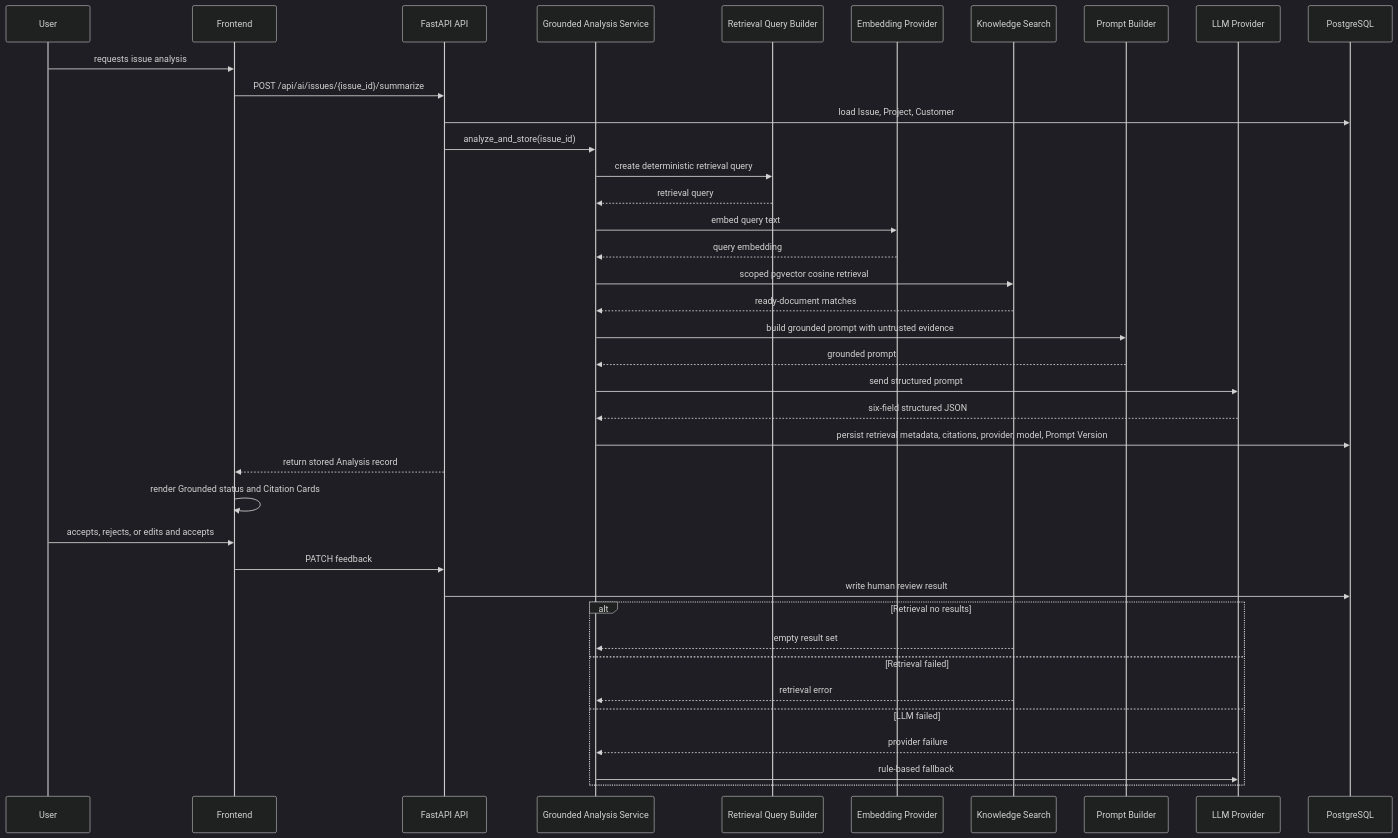
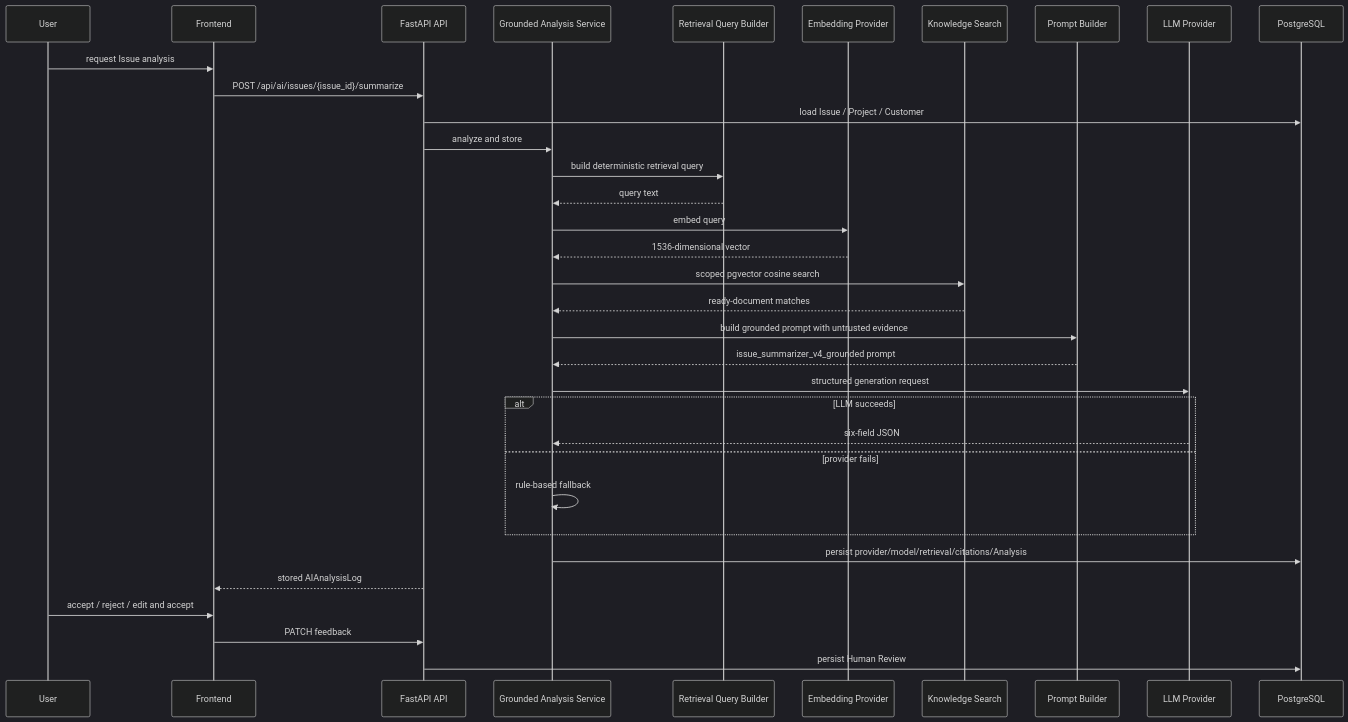
One commit to Dio23366/delivery-copilot changed the second of 5 diagrams in docs/architecture.md. Above: the diagram before and after it, drawn with Mermaid (dark theme). The commit also changed other lines of this file and 6 other files, not shown here.

````diff
--- a/docs/architecture.md
+++ b/docs/architecture.md
@@ -107,43 +158,37 @@
 ```mermaid
 sequenceDiagram
   participant U as User
   participant FE as Frontend
   participant API as FastAPI API
   participant S as Grounded Analysis Service
   participant Q as Retrieval Query Builder
   participant E as Embedding Provider
   participant K as Knowledge Search
   participant P as Prompt Builder
   participant L as LLM Provider
   participant DB as PostgreSQL
 
-  U->>FE: requests issue analysis
+  U->>FE: request Issue analysis
   FE->>API: POST /api/ai/issues/{issue_id}/summarize
-  API->>DB: load Issue, Project, Customer
-  API->>S: analyze_and_store(issue_id)
-  S->>Q: create deterministic retrieval query
-  Q-->>S: retrieval query
-  S->>E: embed query text
-  E-->>S: query embedding
-  S->>K: scoped pgvector cosine retrieval
+  API->>DB: load Issue / Project / Customer
+  API->>S: analyze and store
+  S->>Q: build deterministic retrieval query
+  Q-->>S: query text
+  S->>E: embed query
+  E-->>S: 1536-dimensional vector
+  S->>K: scoped pgvector cosine search
   K-->>S: ready-document matches
   S->>P: build grounded prompt with untrusted evidence
-  P-->>S: grounded prompt
-  S->>L: send structured prompt
-  L-->>S: six-field structured JSON
-  S->>DB: persist retrieval metadata, citations, provider, model, Prompt Version
-  API-->>FE: return stored Analysis record
-  FE->>FE: render Grounded status and Citation Cards
-  U->>FE: accepts, rejects, or edits and accepts
+  P-->>S: issue_summarizer_v4_grounded prompt
+  S->>L: structured generation request
+  alt LLM succeeds
+    L-->>S: six-field JSON
+  else provider fails
+    S->>S: rule-based fallback
+  end
+  S->>DB: persist provider/model/retrieval/citations/Analysis
+  API-->>FE: stored AIAnalysisLog
+  U->>FE: accept / reject / edit and accept
   FE->>API: PATCH feedback
-  API->>DB: write human review result
-
-  alt Retrieval no results
-    K-->>S: empty result set
-  else Retrieval failed
-    K-->>S: retrieval error
-  else LLM failed
-    L-->>S: provider failure
-    S->>L: rule-based fallback
-  end
+  API->>DB: persist Human Review
 ```
````
